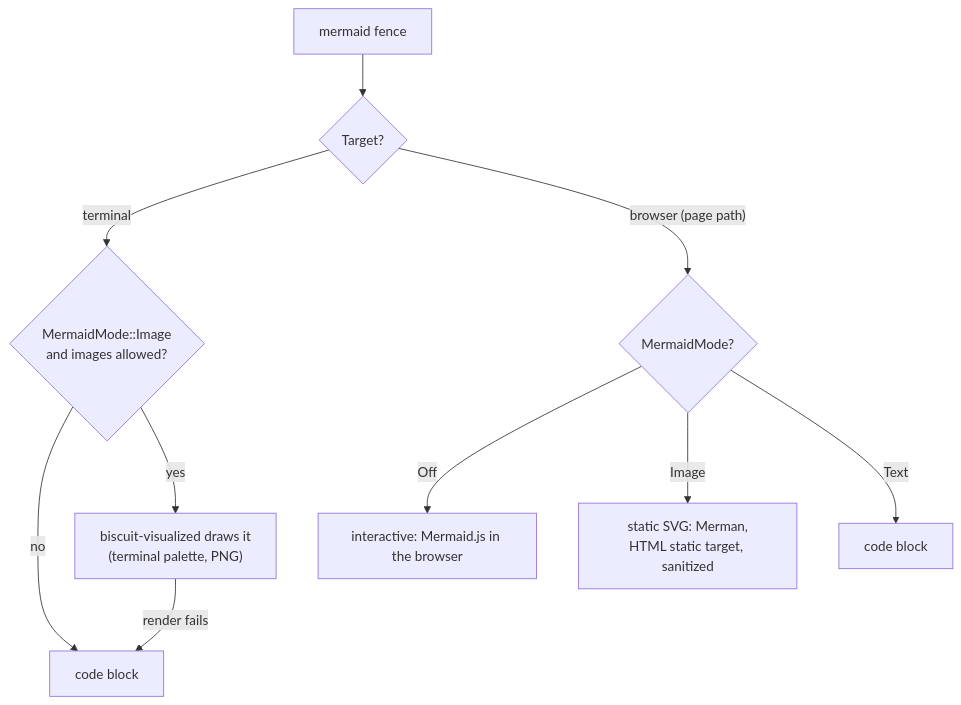
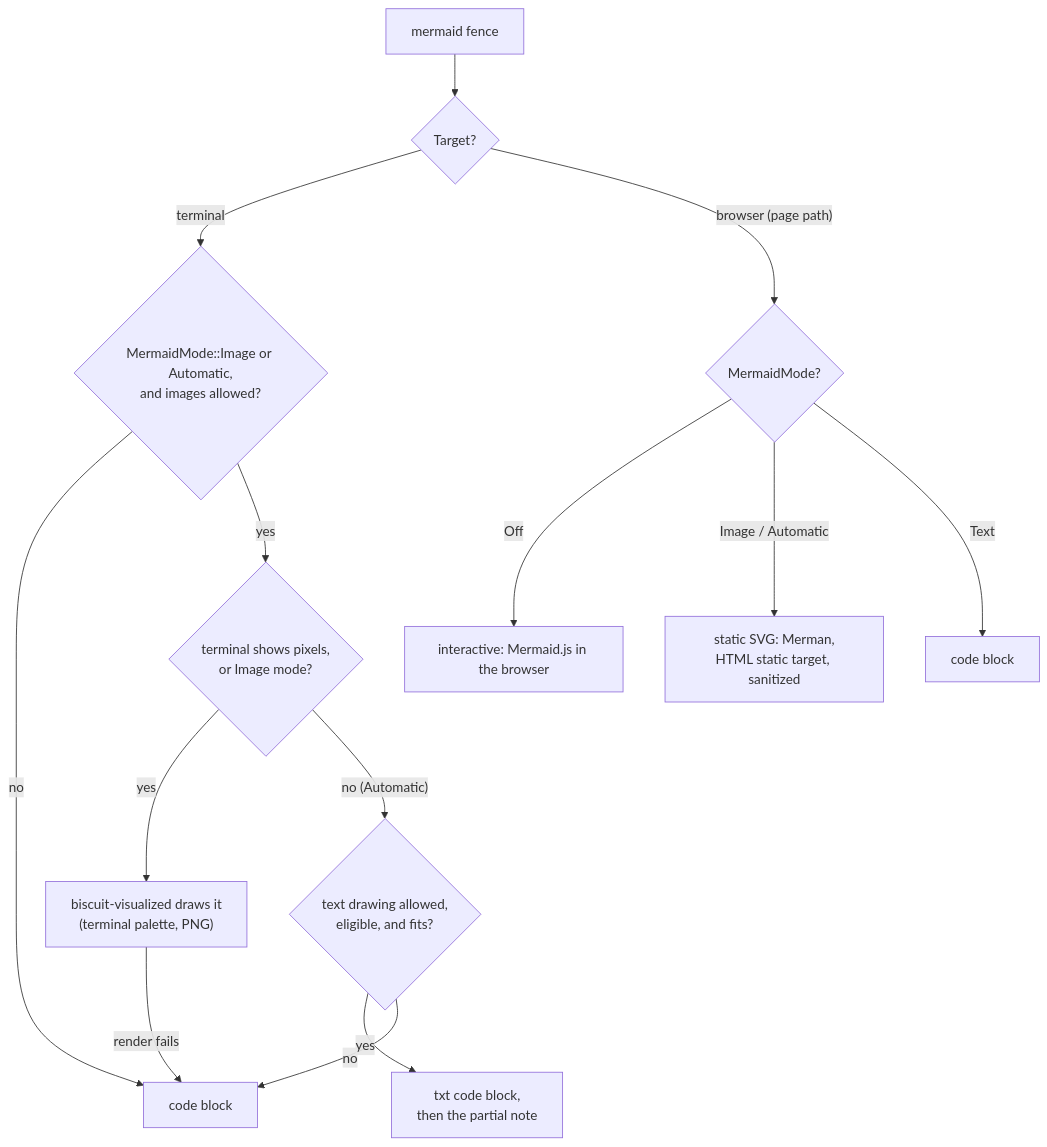
The first of 4 diagrams in darkmatter/docs/rendering/mermaid.md (yankeeinlondon/rusty-biscuit), drawn with Mermaid before and after one commit. The commit also changed other lines of this file and 79 other files, not shown here.

First line of the commit message:
feat(darkmatter): add automatic Mermaid rendering and syntax highlighting

````diff
--- a/darkmatter/docs/rendering/mermaid.md
+++ b/darkmatter/docs/rendering/mermaid.md
@@ -62,12 +63,16 @@
 ```mermaid
 flowchart TD
     F["mermaid fence"] --> T{"Target?"}
-    T -->|terminal| TM{"MermaidMode::Image<br/>and images allowed?"}
+    T -->|terminal| TM{"MermaidMode::Image or Automatic,<br/>and images allowed?"}
     TM -->|no| C1["code block"]
-    TM -->|yes| D["biscuit-visualized draws it<br/>(terminal palette, PNG)"]
+    TM -->|yes| P{"terminal shows pixels,<br/>or Image mode?"}
+    P -->|yes| D["biscuit-visualized draws it<br/>(terminal palette, PNG)"]
+    P -->|"no (Automatic)"| X{"text drawing allowed,<br/>eligible, and fits?"}
+    X -->|yes| TX["txt code block,<br/>then the partial note"]
+    X -->|no| C1
     D -->|render fails| C1
     T -->|"browser (page path)"| BM{"MermaidMode?"}
     BM -->|Off| I["interactive: Mermaid.js in the browser"]
-    BM -->|Image| S["static SVG: Merman,<br/>HTML static target, sanitized"]
+    BM -->|"Image / Automatic"| S["static SVG: Merman,<br/>HTML static target, sanitized"]
     BM -->|Text| C2["code block"]
 ```
````
